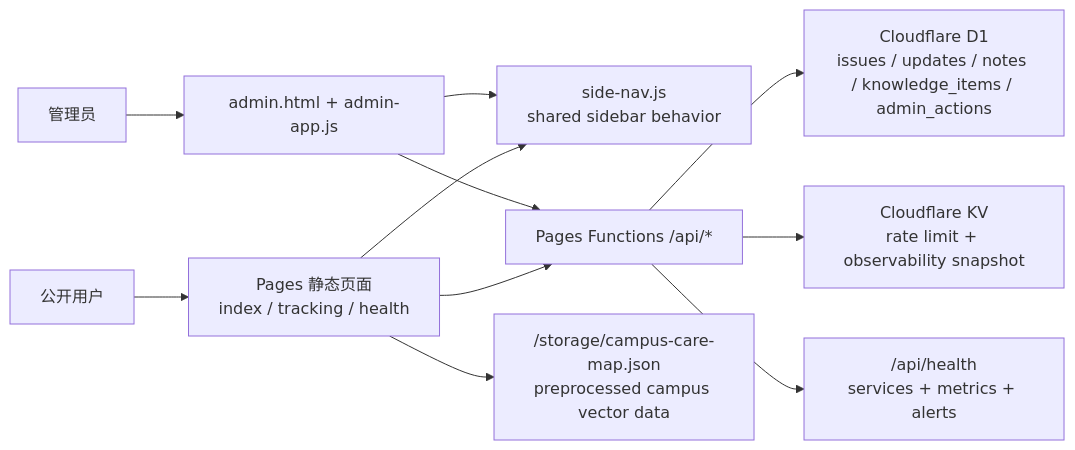
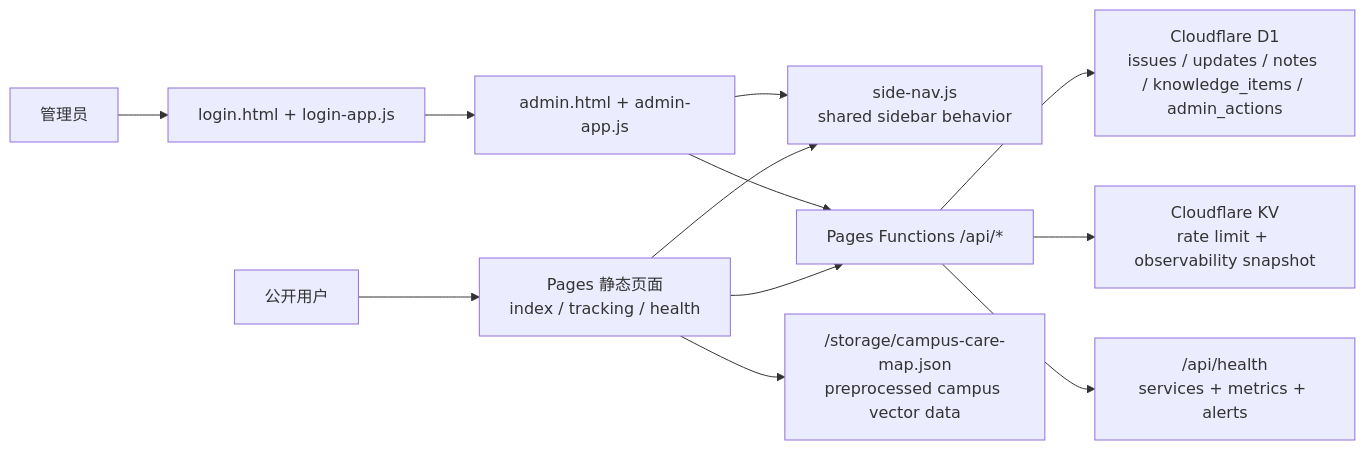
One commit to Calvin-Xia/web_message changed the diagram in README.md. Above: the diagram before and after it, drawn with Mermaid. The commit also changed other lines of this file and 46 other files, not shown here.

````diff
--- a/README.md
+++ b/README.md
@@ -29,13 +31,14 @@
 ```mermaid
 flowchart LR
     User["公开用户"] --> Static["Pages 静态页面\nindex / tracking / health"]
-    Admin["管理员"] --> AdminUI["admin.html + admin-app.js"]
+    Admin["管理员"] --> LoginUI["login.html + login-app.js"]
+    LoginUI --> AdminUI["admin.html + admin-app.js"]
     Static --> SideNav["side-nav.js\nshared sidebar behavior"]
     AdminUI --> SideNav
     Static --> API["Pages Functions /api/*"]
     Static --> MapAsset["/storage/campus-care-map.json\npreprocessed campus vector data"]
     AdminUI --> API
     API --> D1["Cloudflare D1\nissues / updates / notes / knowledge_items / admin_actions"]
     API --> KV["Cloudflare KV\nrate limit + observability snapshot"]
     API --> Health["/api/health\nservices + metrics + alerts"]
 ```
````
